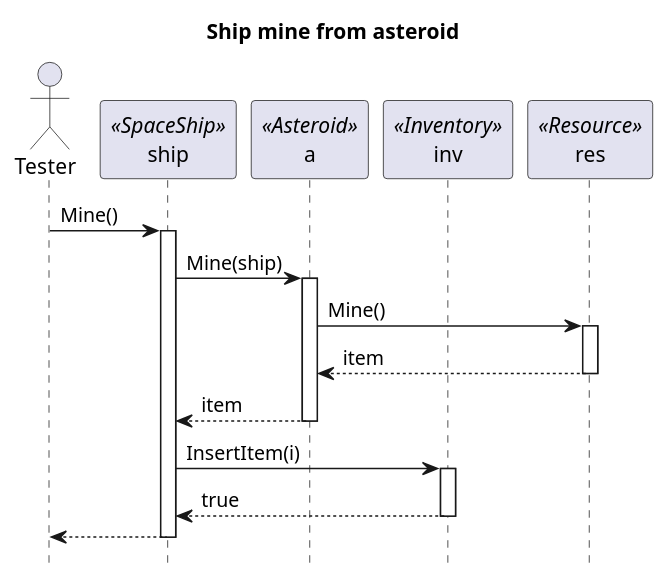
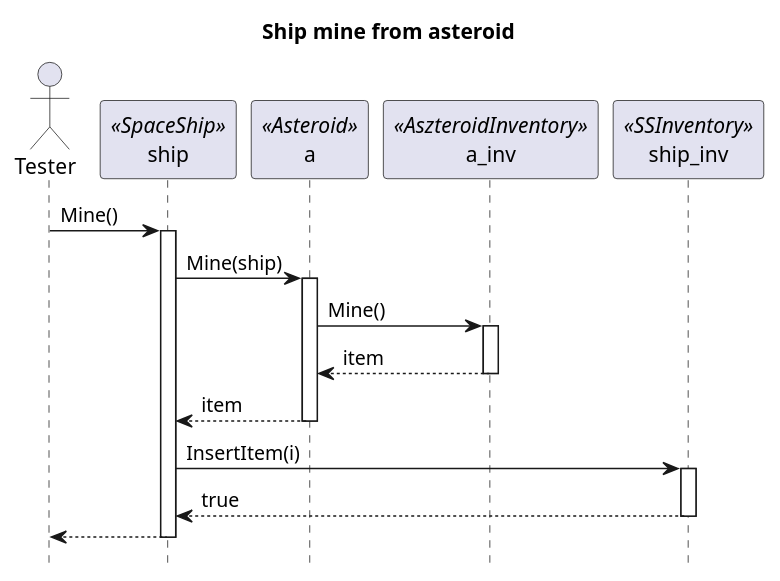
Before and after one commit to viseguard-studios/Documentation: the diagram in docs/Skeleton/diagrams/Mine/Ship-mine.puml, drawn with PlantUML. The commit also changed 4 other files, not shown here.

```diff
--- a/docs/Skeleton/diagrams/Mine/Ship-mine.puml
+++ b/docs/Skeleton/diagrams/Mine/Ship-mine.puml
@@ -1,33 +1,33 @@
 @startuml
 hide footbox
 title Ship mine from asteroid
 
 
 actor Tester as Tester
 
 
 participant ship as ship <<SpaceShip>>
 
 participant a as a <<Asteroid>>
 
-participant inv as inv<<Inventory>>
+participant a_inv as a_inv<<AszteroidInventory>>
 
-participant res as res<<Resource>>
+participant ship_inv as ship_inv<<SSInventory>>
 
 Tester -> ship : Mine()
 activate ship
 
 ship -> a ++: Mine(ship)
 
-a -> res++ : Mine()
-res --> a--: item
+a -> a_inv++ : Mine()
+a_inv --> a--: item
 
 a --> ship--: item
 
-ship->inv++: InsertItem(i)
-inv --> ship--: true
+ship->ship_inv++: InsertItem(i)
+ship_inv --> ship--: true
 
 ship --> Tester
 deactivate ship
 
 @enduml
```
